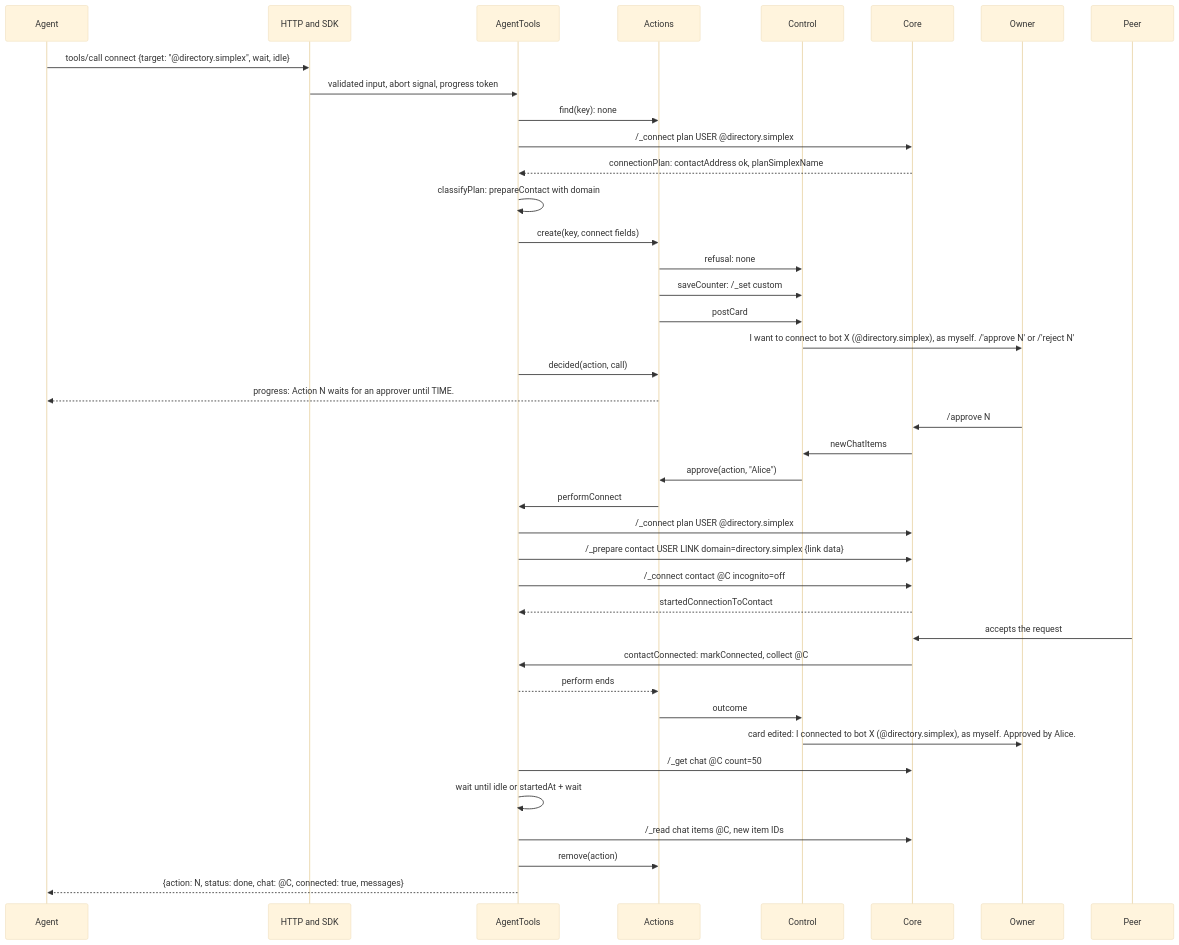
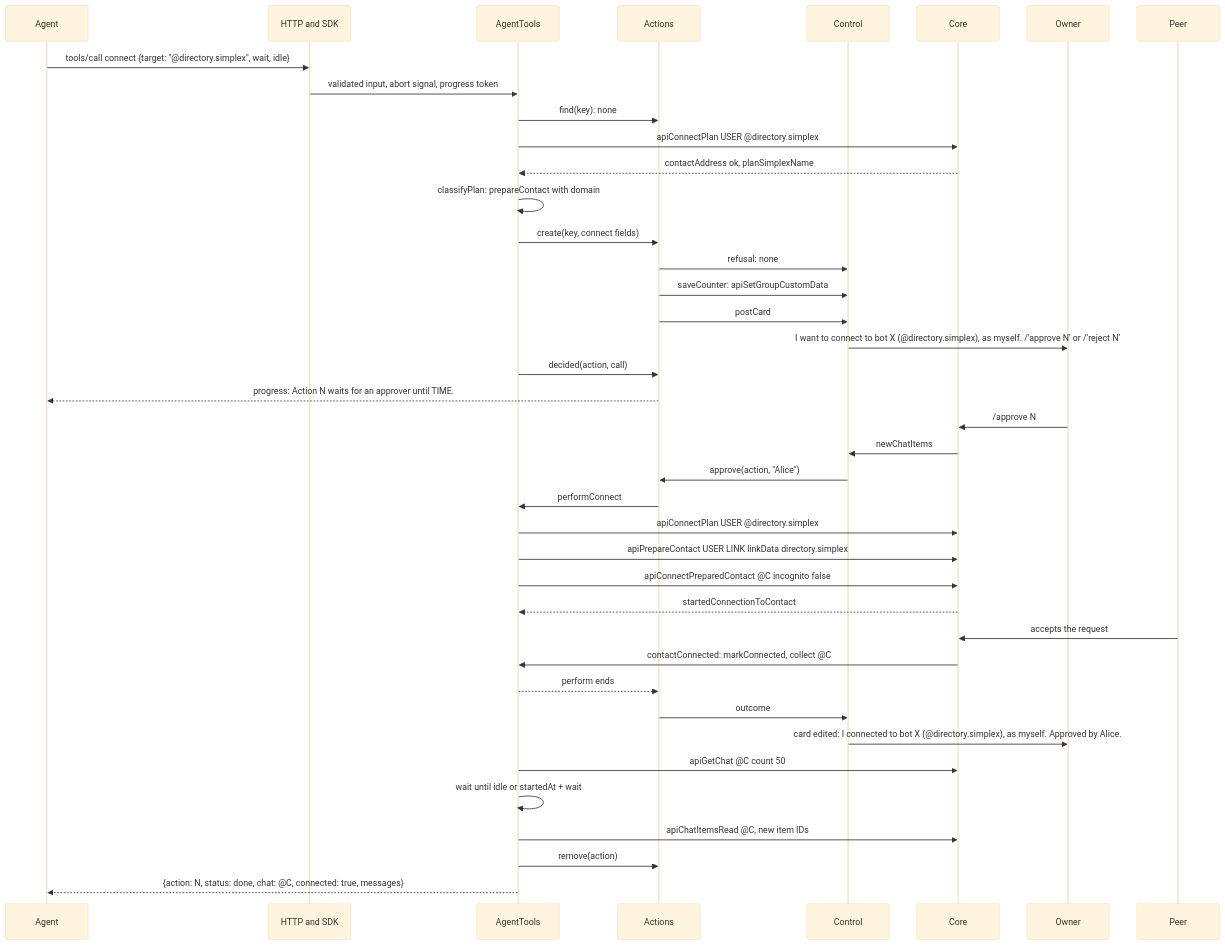
Before and after one commit to simplex-chat/simplex-chat: the third of 16 diagrams in packages/simplex-chat-mcp/spec/flows.md, drawn with Mermaid (base theme). The commit also changed other lines of this file and 34 other files, not shown here.

````diff
--- a/packages/simplex-chat-mcp/spec/flows.md
+++ b/packages/simplex-chat-mcp/spec/flows.md
@@ -132,42 +140,42 @@
 ```mermaid
 sequenceDiagram
   participant A as Agent
   participant H as HTTP and SDK
   participant T as AgentTools
   participant X as Actions
   participant K as Control
   participant C as Core
   participant O as Owner
   participant D as Peer
   A->>H: tools/call connect {target: "@directory.simplex", wait, idle}
   H->>T: validated input, abort signal, progress token
   T->>X: find(key): none
-  T->>C: /_connect plan USER @directory.simplex
-  C-->>T: connectionPlan: contactAddress ok, planSimplexName
+  T->>C: apiConnectPlan USER @directory.simplex
+  C-->>T: contactAddress ok, planSimplexName
   T->>T: classifyPlan: prepareContact with domain
   T->>X: create(key, connect fields)
   X->>K: refusal: none
-  X->>K: saveCounter: /_set custom #G
+  X->>K: saveCounter: apiSetGroupCustomData #G
   X->>K: postCard
   K->>O: I want to connect to bot X (@directory.simplex), as myself. /'approve N' or /'reject N'
   T->>X: decided(action, call)
   X-->>A: progress: Action N waits for an approver until TIME.
   O->>C: /approve N
   C->>K: newChatItems
   K->>X: approve(action, "Alice")
   X->>T: performConnect
-  T->>C: /_connect plan USER @directory.simplex
-  T->>C: /_prepare contact USER LINK domain=directory.simplex {link data}
-  T->>C: /_connect contact @C incognito=off
+  T->>C: apiConnectPlan USER @directory.simplex
+  T->>C: apiPrepareContact USER LINK linkData directory.simplex
+  T->>C: apiConnectPreparedContact @C incognito false
   C-->>T: startedConnectionToContact
   D->>C: accepts the request
   C->>T: contactConnected: markConnected, collect @C
   T-->>X: perform ends
   X->>K: outcome
   K->>O: card edited: I connected to bot X (@directory.simplex), as myself. Approved by Alice.
-  T->>C: /_get chat @C count=50
+  T->>C: apiGetChat @C count 50
   T->>T: wait until idle or startedAt + wait
-  T->>C: /_read chat items @C, new item IDs
+  T->>C: apiChatItemsRead @C, new item IDs
   T->>X: remove(action)
   T-->>A: {action: N, status: done, chat: @C, connected: true, messages}
 ```
````
